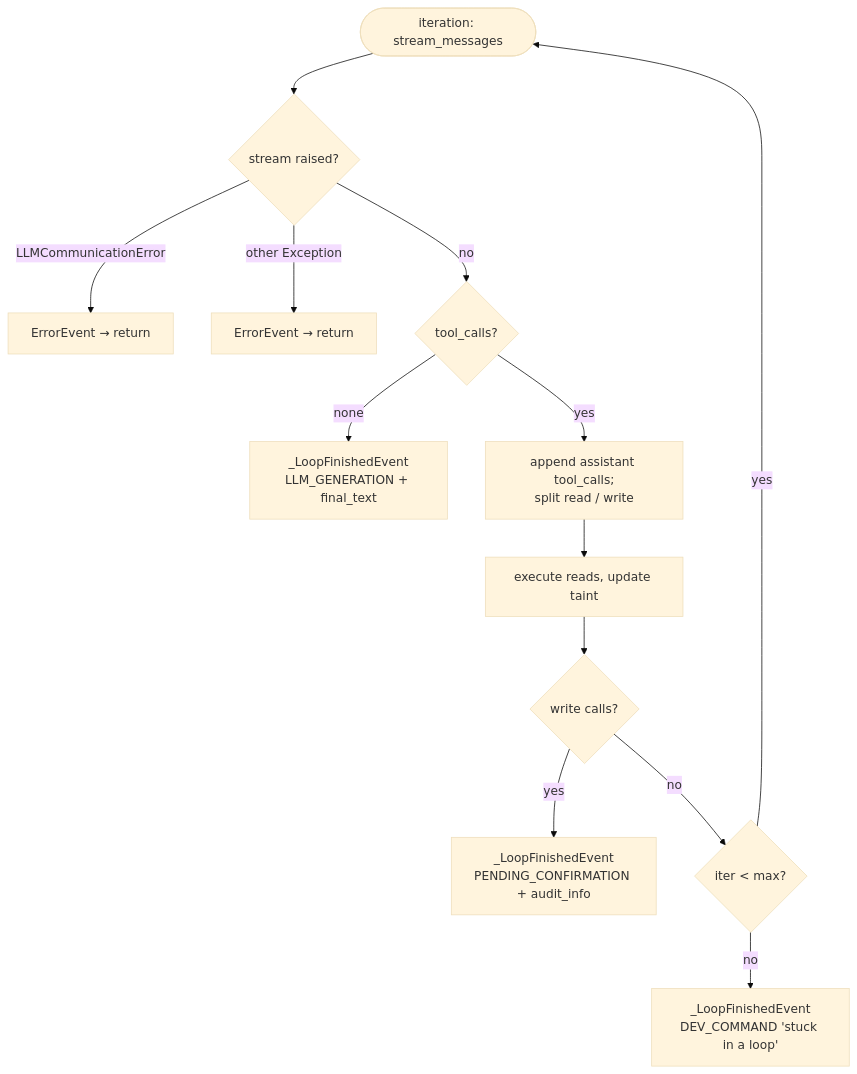
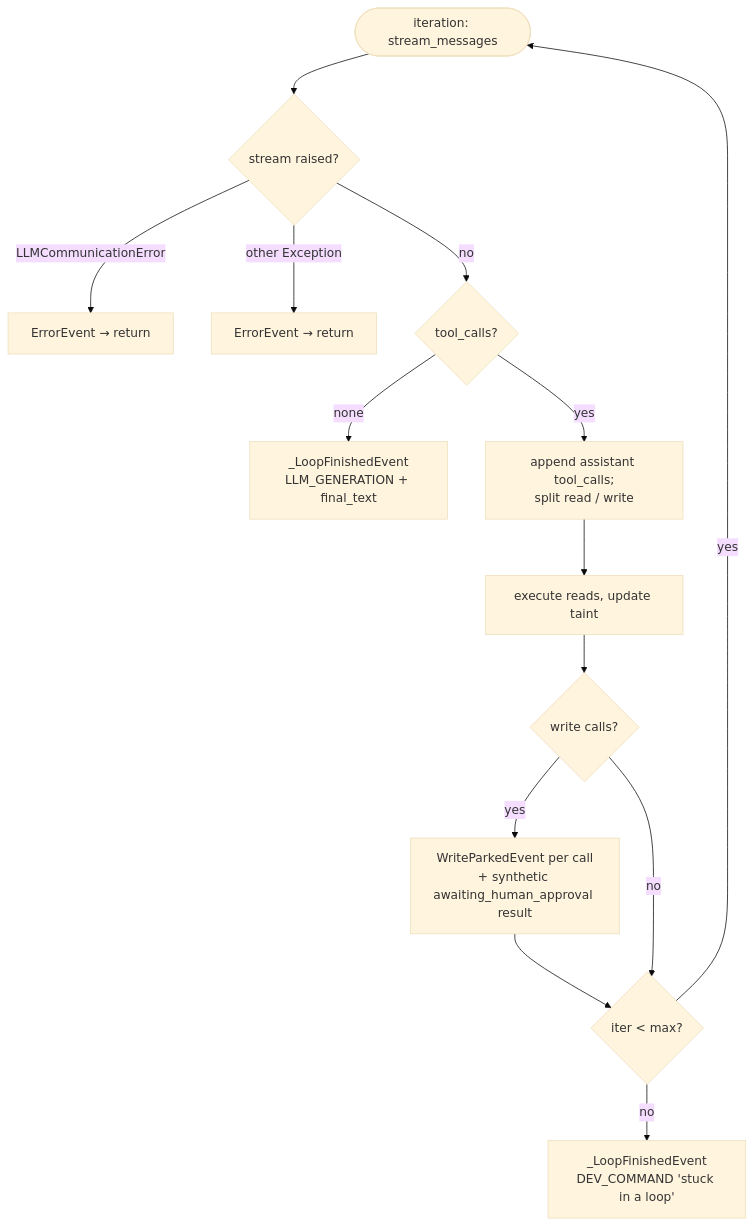
The diagram in docs/tool_loop_exits.md (Addrick/agent-orchestrator), drawn with Mermaid (base theme) before and after one commit. The commit also changed other lines of this file and 7 other files, not shown here.

````diff
--- a/docs/tool_loop_exits.md
+++ b/docs/tool_loop_exits.md
@@ -33,15 +33,16 @@
 ```mermaid
 flowchart TD
   start([iteration: stream_messages]) --> err{stream raised?}
   err -- LLMCommunicationError --> e1[ErrorEvent → return]
   err -- other Exception --> e2[ErrorEvent → return]
   err -- no --> tc{tool_calls?}
   tc -- none --> fin[_LoopFinishedEvent\nLLM_GENERATION + final_text]
   tc -- yes --> split[append assistant tool_calls;\nsplit read / write]
   split --> reads[execute reads, update taint]
   reads --> w{write calls?}
-  w -- yes --> park[_LoopFinishedEvent\nPENDING_CONFIRMATION + audit_info]
+  w -- yes --> park[WriteParkedEvent per call\n+ synthetic awaiting_human_approval result]
+  park --> loop
   w -- no --> loop{iter < max?}
   loop -- yes --> start
   loop -- no --> stuck[_LoopFinishedEvent\nDEV_COMMAND 'stuck in a loop']
 ```
````
